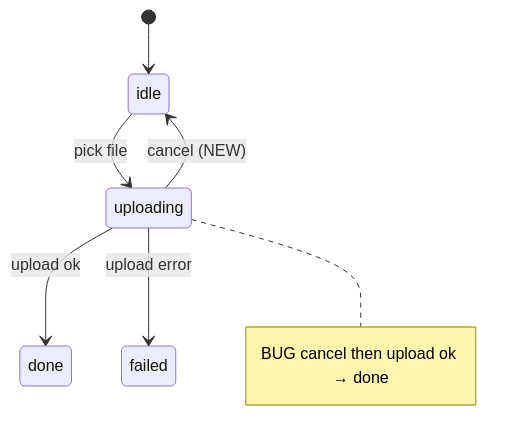
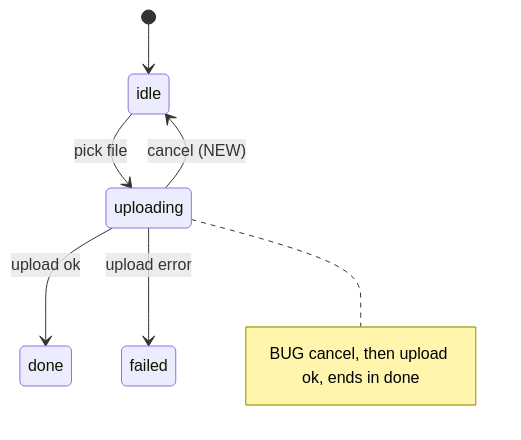
The diagram in hub-plugin/skills/review/references/state-machine.md (juff17/dominus), drawn with Mermaid before and after one commit. The commit also changed other lines of this file and 17 other files, not shown here.

````diff
--- a/hub-plugin/skills/review/references/state-machine.md
+++ b/hub-plugin/skills/review/references/state-machine.md
@@ -43,9 +43,9 @@
 ```mermaid
 stateDiagram-v2
   [*] --> idle
   idle --> uploading: pick file
   uploading --> done: upload ok
   uploading --> failed: upload error
   uploading --> idle: cancel (NEW)
-  note right of uploading: BUG cancel then upload ok → done
+  note right of uploading: BUG cancel, then upload ok, ends in done
 ```
````
